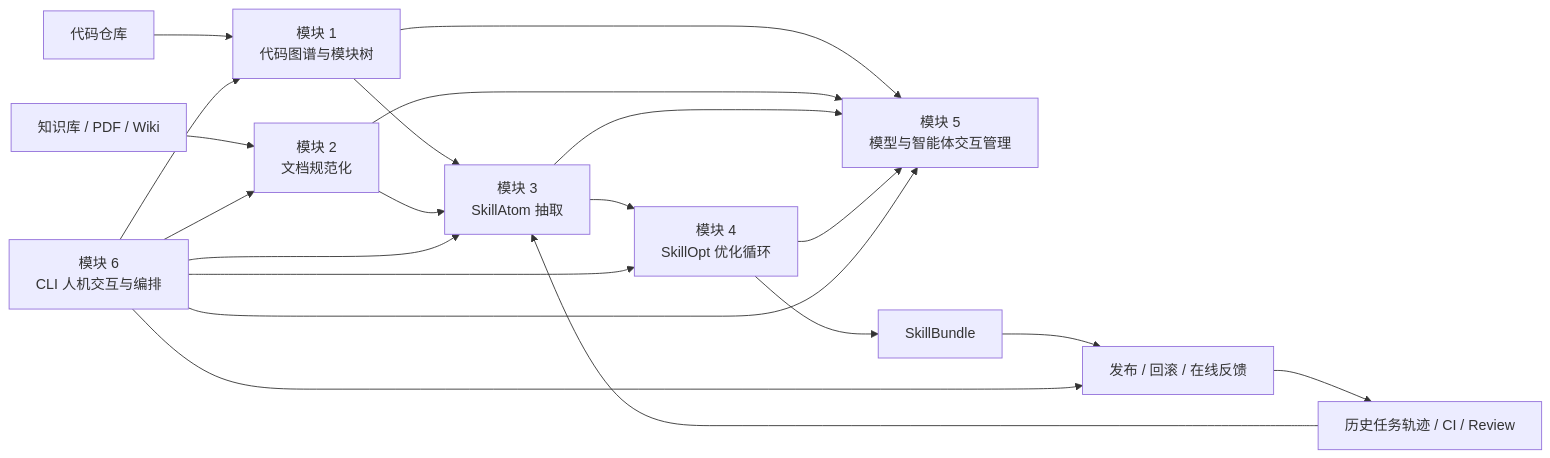
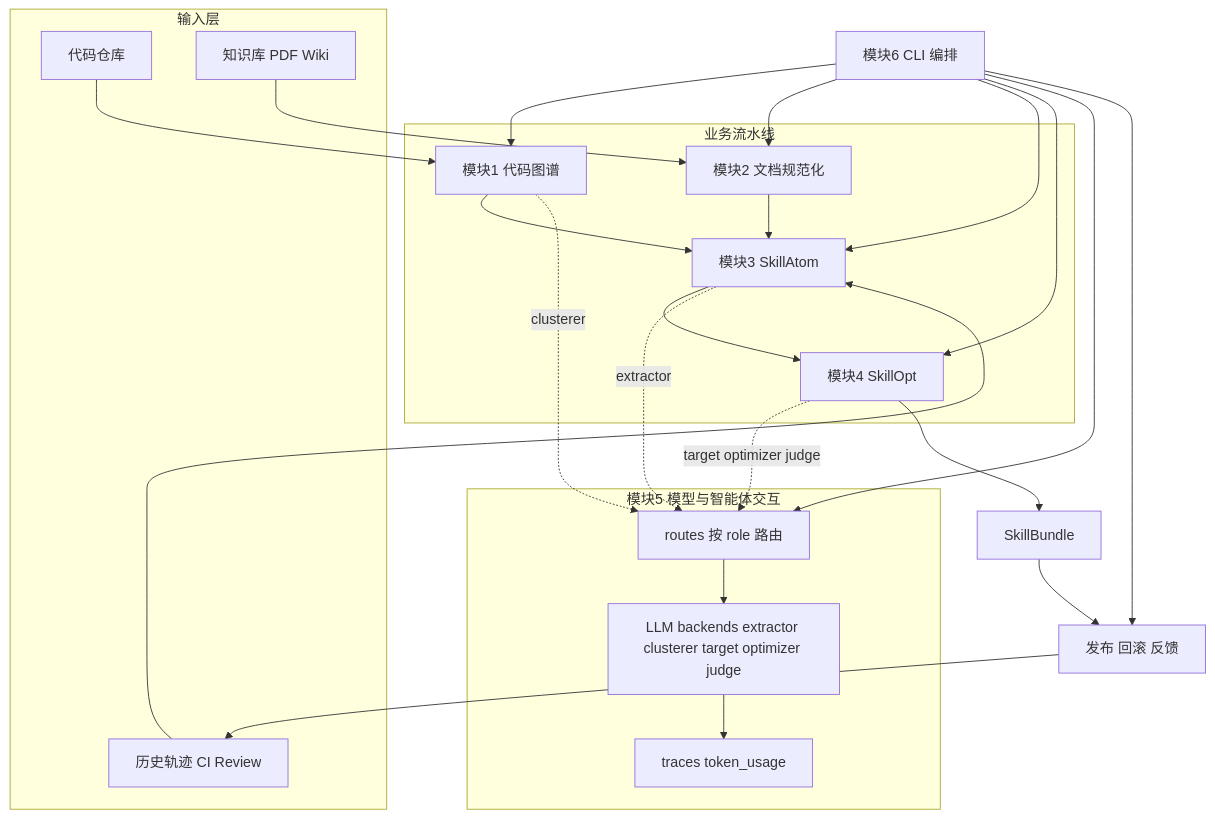
The first of 2 diagrams in docs/design/00-overall-design.md (skywalkerw/code-to-skill), drawn with Mermaid before and after one commit. The commit also changed other lines of this file and 27 other files, not shown here.

Commit message:
SkillOpt 启用 LLM rollout 与 rollout/optimizer 后端分离，对齐稳定训练配置并更新设计文档。

````diff
--- a/docs/design/00-overall-design.md
+++ b/docs/design/00-overall-design.md
@@ -57,26 +57,47 @@
 ```mermaid
-flowchart LR
-  C[代码仓库] --> M1[模块 1<br/>代码图谱与模块树]
-  D[知识库 / PDF / Wiki] --> M2[模块 2<br/>文档规范化]
+flowchart TB
+  subgraph IN["输入层"]
+    C["代码仓库"]
+    D["知识库 PDF Wiki"]
+    T["历史轨迹 CI Review"]
+  end
 
-  M1 --> M3[模块 3<br/>SkillAtom 抽取]
+  subgraph PIPE["业务流水线"]
+    M1["模块1 代码图谱"]
+    M2["模块2 文档规范化"]
+    M3["模块3 SkillAtom"]
+    M4["模块4 SkillOpt"]
+  end
+
+  subgraph M5["模块5 模型与智能体交互"]
+    R["routes 按 role 路由"]
+    LLM["LLM backends extractor clusterer target optimizer judge"]
+    TR["traces token_usage"]
+    R --> LLM
+    LLM --> TR
+  end
+
+  CLI["模块6 CLI 编排"]
+
+  C --> M1
+  D --> M2
+  M1 --> M3
   M2 --> M3
-  T[历史任务轨迹 / CI / Review] --> M3
+  T --> M3
+  M3 --> M4
 
-  M3 --> M4[模块 4<br/>SkillOpt 优化循环]
-  M1 --> M5[模块 5<br/>模型与智能体交互管理]
-  M2 --> M5
-  M3 --> M5
-  M4 --> M5
+  M1 -.->|clusterer| R
+  M3 -.->|extractor| R
+  M4 -.->|target optimizer judge| R
 
-  M4 --> S[SkillBundle]
-  S --> P[发布 / 回滚 / 在线反馈]
+  M4 --> S["SkillBundle"]
+  S --> P["发布 回滚 反馈"]
   P --> T
 
-  CLI[模块 6<br/>CLI 人机交互与编排] --> M1
+  CLI --> M1
   CLI --> M2
   CLI --> M3
   CLI --> M4
-  CLI --> M5
+  CLI --> R
   CLI --> P
 ```
````
